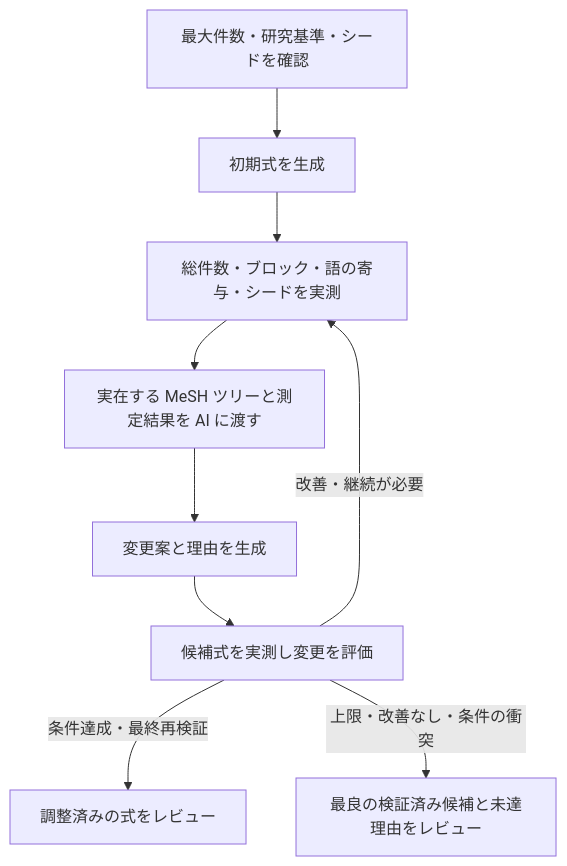
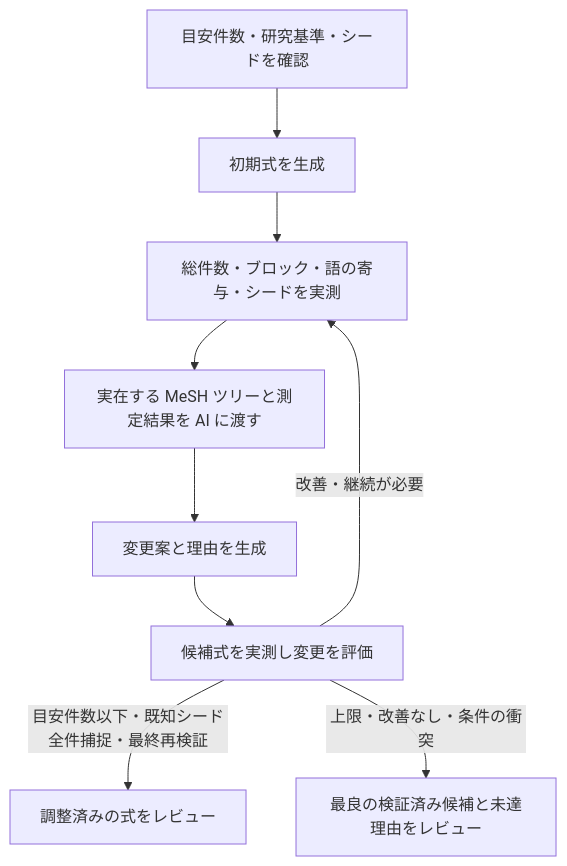
One commit to youkiti/sr-query-builder-plugin changed the diagram in docs/query-optimization-plan.md. Above: the diagram before and after it, drawn with Mermaid. The commit also changed other lines of this file and 22 other files, not shown here.

````diff
--- a/docs/query-optimization-plan.md
+++ b/docs/query-optimization-plan.md
@@ -11,11 +11,11 @@
 ```mermaid
 flowchart TD
-  A[最大件数・研究基準・シードを確認] --> B[初期式を生成]
+  A[目安件数・研究基準・シードを確認] --> B[初期式を生成]
   B --> C[総件数・ブロック・語の寄与・シードを実測]
   C --> D[実在する MeSH ツリーと測定結果を AI に渡す]
   D --> E[変更案と理由を生成]
   E --> F[候補式を実測し変更を評価]
   F -->|改善・継続が必要| C
-  F -->|条件達成・最終再検証| G[調整済みの式をレビュー]
+  F -->|目安件数以下・既知シード全件捕捉・最終再検証| G[調整済みの式をレビュー]
   F -->|上限・改善なし・条件の衝突| H[最良の検証済み候補と未達理由をレビュー]
 ```
````
